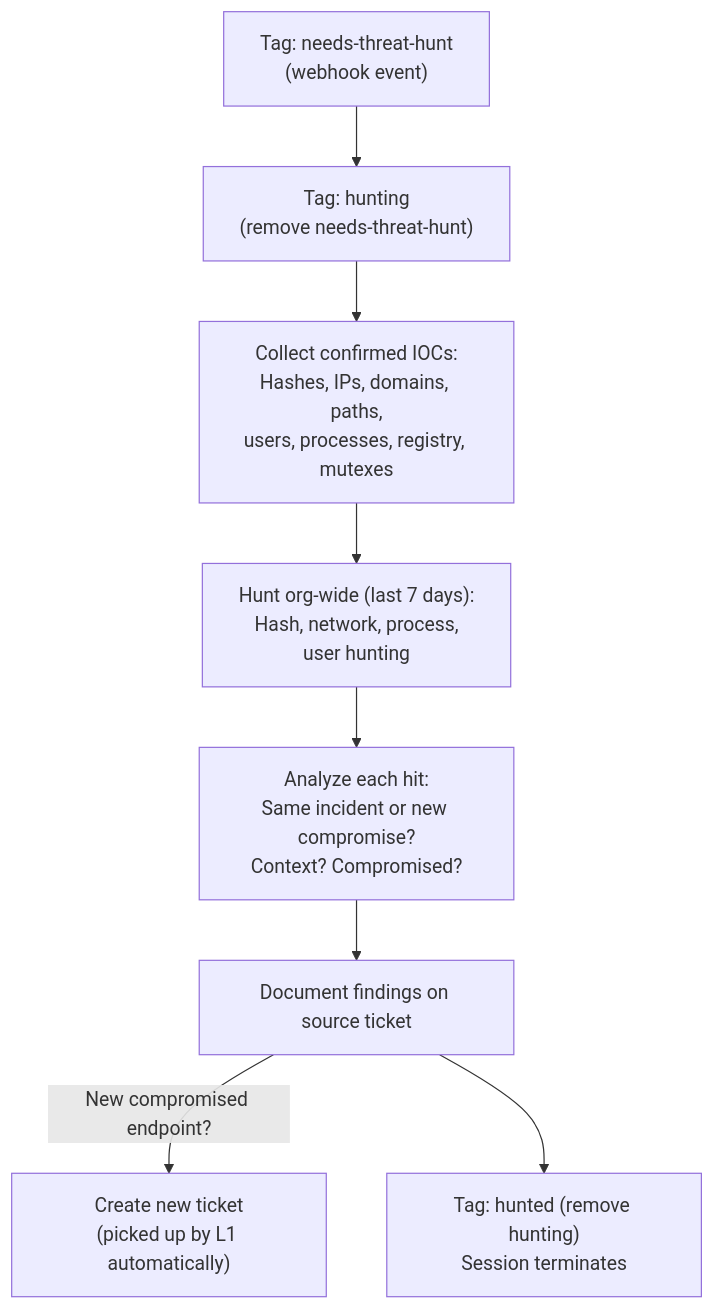
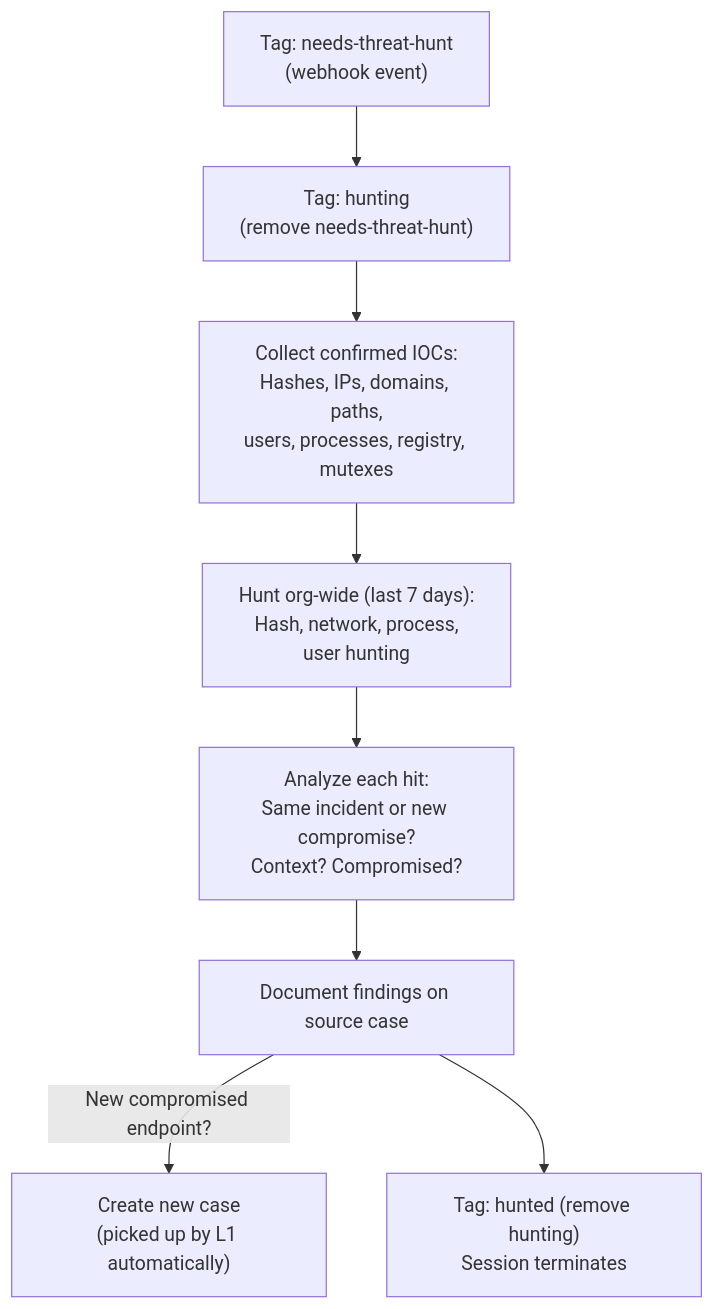
The diagram in lc-soc/tiered-soc/threat-hunter/README.md (refractionPOINT/lc-ai), drawn with Mermaid before and after one commit. The commit also changed other lines of this file and 74 other files, not shown here.

First line of the commit message:
Rename ticket→case in AI agent configs

````diff
--- a/lc-soc/tiered-soc/threat-hunter/README.md
+++ b/lc-soc/tiered-soc/threat-hunter/README.md
@@ -7,10 +7,10 @@
 ```mermaid
 flowchart TD
     trigger["Tag: needs-threat-hunt<br/>(webhook event)"] --> tag["Tag: hunting<br/>(remove needs-threat-hunt)"]
     tag --> collect["Collect confirmed IOCs:<br/>Hashes, IPs, domains, paths,<br/>users, processes, registry, mutexes"]
     collect --> hunt["Hunt org-wide (last 7 days):<br/>Hash, network, process,<br/>user hunting"]
     hunt --> analyze["Analyze each hit:<br/>Same incident or new compromise?<br/>Context? Compromised?"]
-    analyze --> doc[Document findings on source ticket]
-    doc -->|New compromised endpoint?| newticket["Create new ticket<br/>(picked up by L1 automatically)"]
+    analyze --> doc[Document findings on source case]
+    doc -->|New compromised endpoint?| newcase["Create new case<br/>(picked up by L1 automatically)"]
     doc --> done["Tag: hunted (remove hunting)<br/>Session terminates"]
 ```
````
